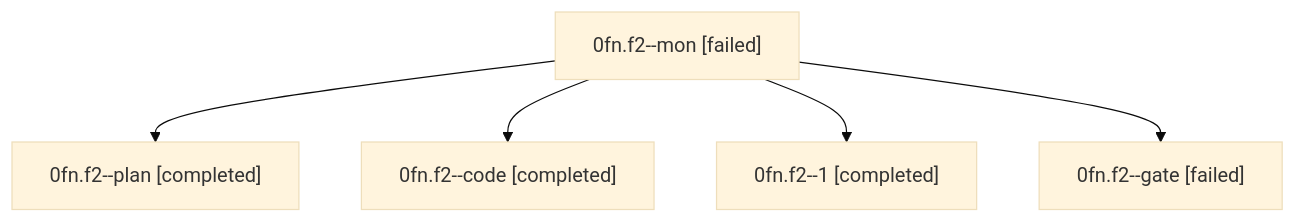
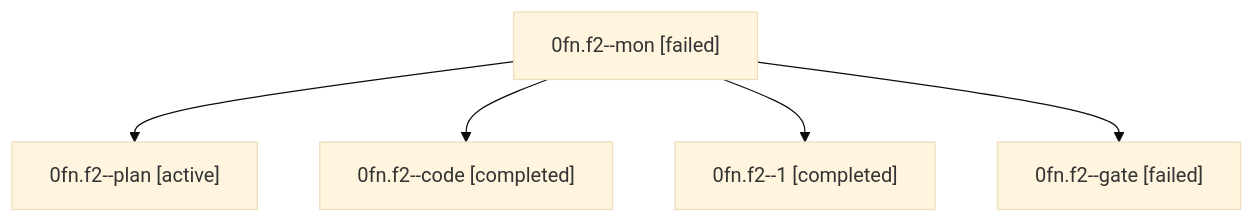
Before and after one commit to sase-org/sase--agents: the diagram in families/bbugyi200.athena.0fn.f2.md, drawn with Mermaid (base theme). The commit also changed other lines of this file and 35830 other files, not shown here.

````diff
--- a/families/bbugyi200.athena.0fn.f2.md
+++ b/families/bbugyi200.athena.0fn.f2.md
@@ -9,12 +9,12 @@
 ```mermaid
 flowchart TD
   n0["0fn.f2--mon [failed]"]
-  n1["0fn.f2--plan [completed]"]
+  n1["0fn.f2--plan [active]"]
   n0 --> n1
   n2["0fn.f2--code [completed]"]
   n0 --> n2
   n3["0fn.f2--1 [completed]"]
   n0 --> n3
   n4["0fn.f2--gate [failed]"]
   n0 --> n4
 ```
````
